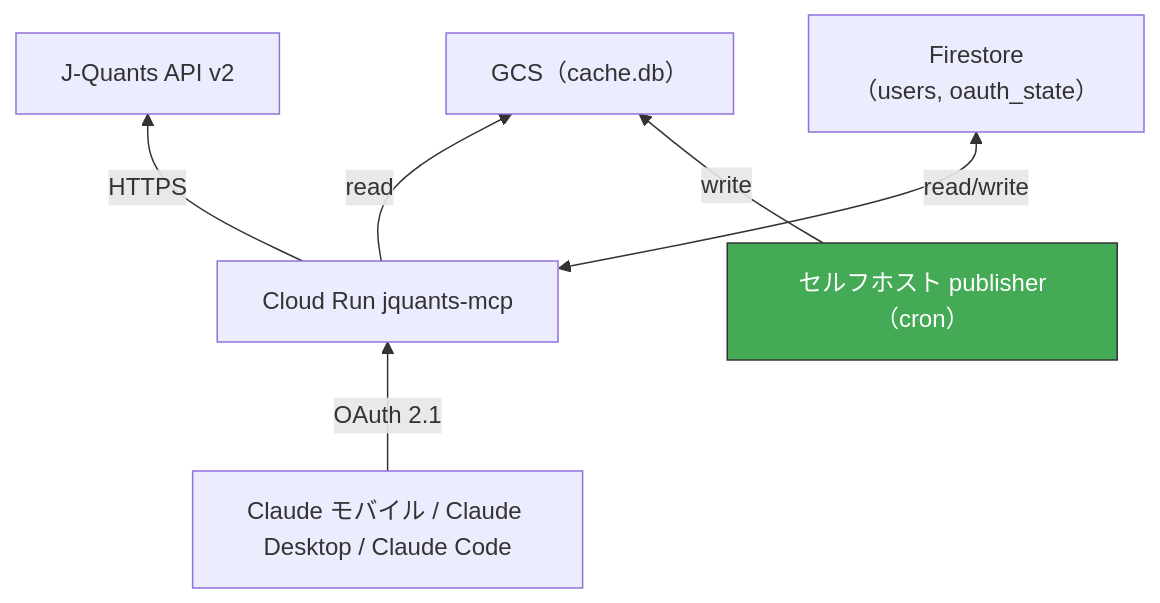
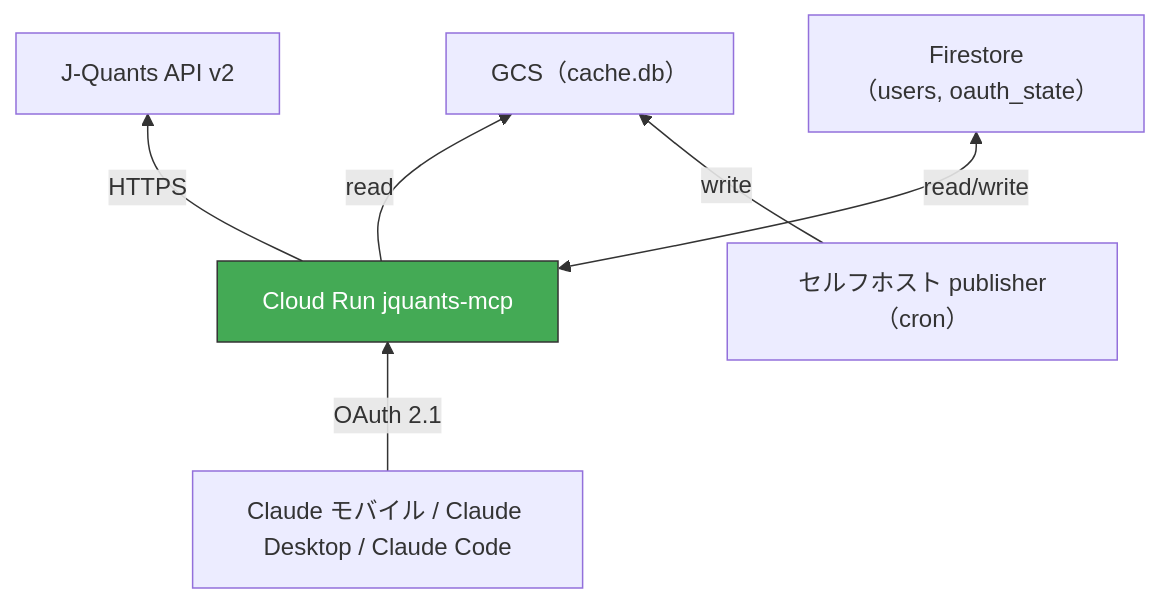
Before and after one commit to shigechika/jquants-mcp: the fourth of 5 diagrams in docs/deploy/README.ja.md, drawn with Mermaid. The commit also changed other lines of this file and 2 other files, not shown here.

````diff
--- a/docs/deploy/README.ja.md
+++ b/docs/deploy/README.ja.md
@@ -73,17 +78,17 @@
 ```mermaid
 graph BT
     C["J-Quants API v2"]
     D["GCS（cache.db）"]
     E["Firestore\n（users, oauth_state）"]
     B["Cloud Run jquants-mcp"]
     A["Claude モバイル / Claude Desktop / Claude Code"]
     F["セルフホスト publisher（cron）"]
 
     A -->|"OAuth 2.1"| B
     B -->|HTTPS| C
     B -->|read| D
     B <-->|read/write| E
     F -->|write| D
 
-    style F fill:#4a5,stroke:#333,color:#fff
+    style B fill:#4a5,stroke:#333,color:#fff
 ```
````
